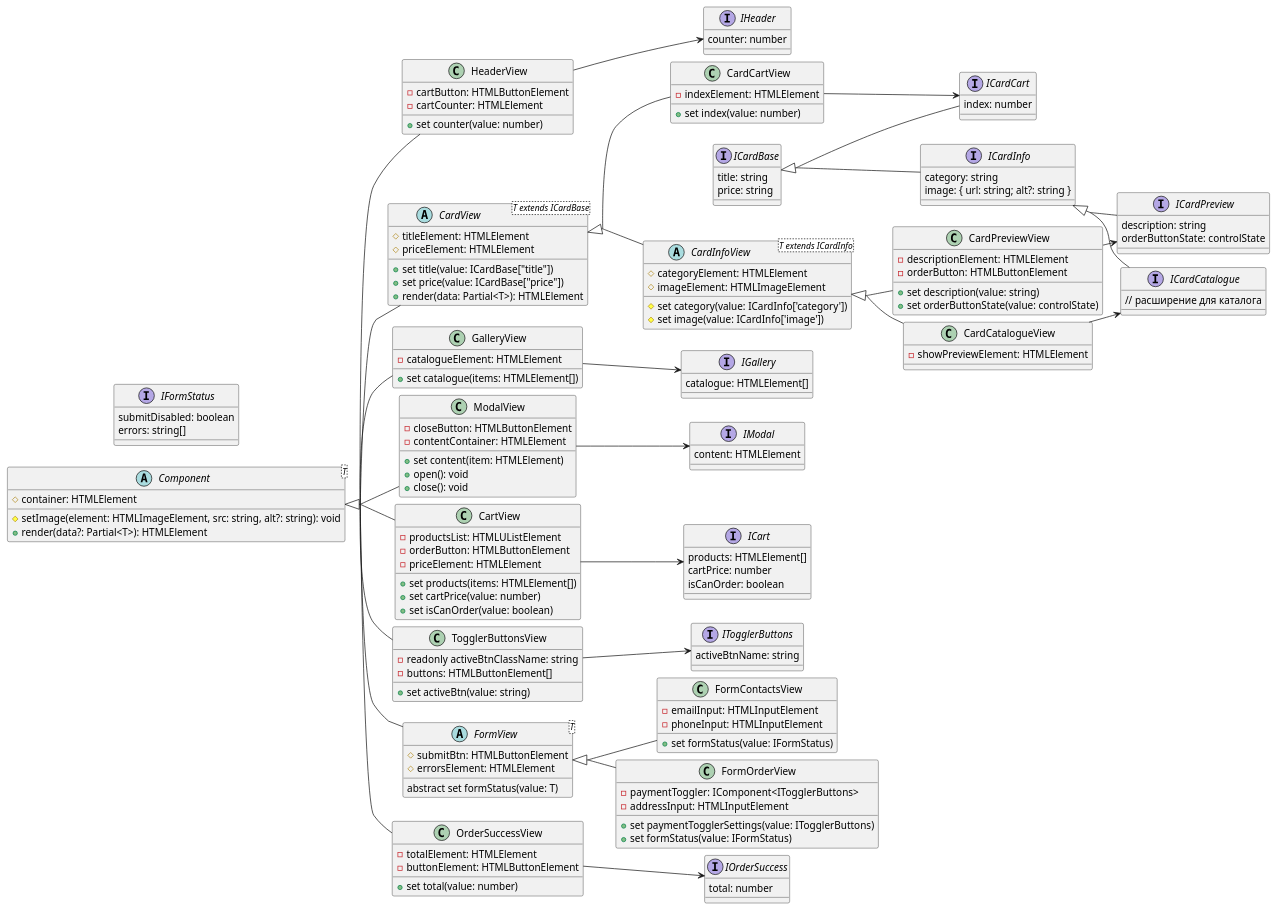
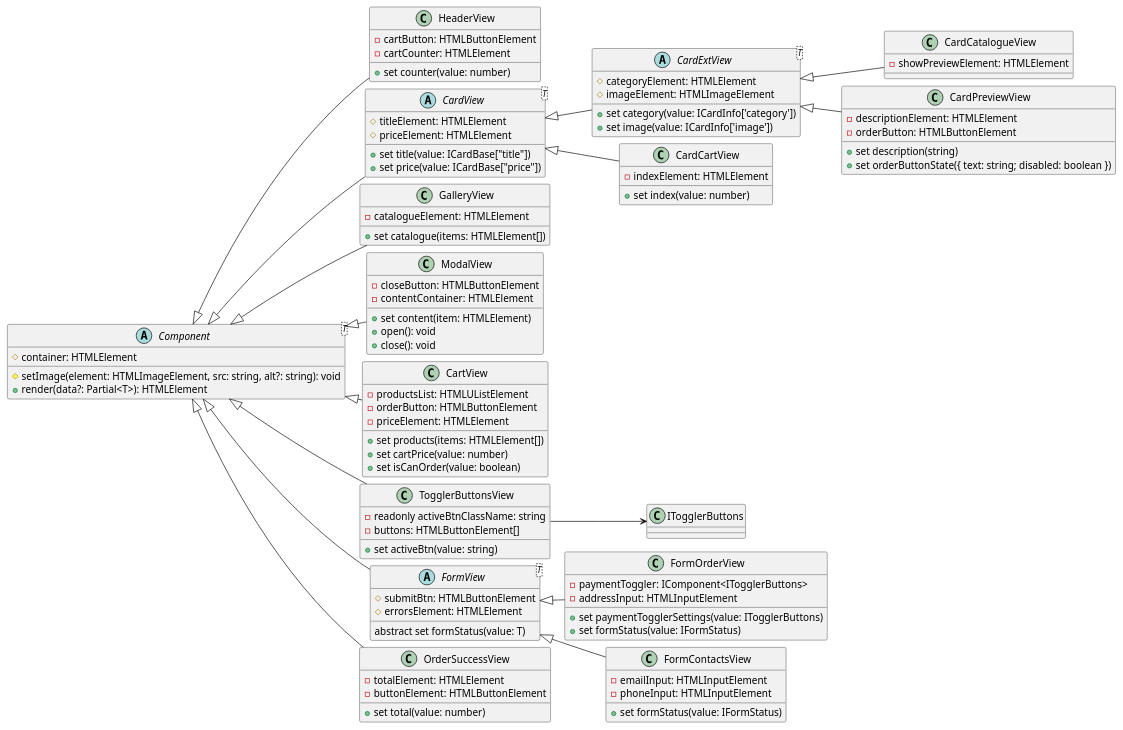
Before and after one commit to Mishbazian/weblarek: the diagram in view.puml, drawn with PlantUML. The commit also changed 8 other files, not shown here.

```diff
--- a/view.puml
+++ b/view.puml
@@ -1,199 +1,142 @@
-@startuml View Classes diagram
+@startuml ViewClassesDiagram
 
 left to right direction
-skinparam groupInheritance 2
+'skinparam groupInheritance 2
 skinparam nodesep 10
 skinparam ranksep 20
 
 
 abstract class Component<T> {
   # container: HTMLElement
   # setImage(element: HTMLImageElement, src: string, alt?: string): void
   + render(data?: Partial<T>): HTMLElement
 }
 
 '----Хедер-----'
-interface IHeader {
-  counter: number
-}
-
 class HeaderView extends Component {
   -cartButton: HTMLButtonElement
   -cartCounter: HTMLElement
   + set counter(value: number)
 }
 
-HeaderView --> IHeader
 
 '-----Карточки------'
 '---Базовый класс---'
-interface ICardBase {
-  title: string
-  price: string
-}
 
-abstract class CardView<T extends ICardBase> extends Component {
+abstract class CardView<T> extends Component {
   #titleElement: HTMLElement
   #priceElement: HTMLElement
 
   + set title(value: ICardBase["title"])
   + set price(value: ICardBase["price"])
-  + render(data: Partial<T>): HTMLElement
-}
-
-
-interface ICardInfo extends ICardBase {
-  category: string
-  image: { url: string; alt?: string }
-}
-
-interface ICardCatalogue extends ICardInfo {
-  // расширение для каталога
 }
 
 '-----Карточка для каталога---'
 
-abstract class CardInfoView<T extends ICardInfo> extends CardView {
+abstract class CardExtView<T> extends CardView {
   #categoryElement: HTMLElement
   #imageElement: HTMLImageElement
 
-  # set category(value: ICardInfo['category'])
-  # set image(value: ICardInfo['image'])
+  + set category(value: ICardInfo['category'])
+  + set image(value: ICardInfo['image'])
 }
 
-class CardCatalogueView extends CardInfoView {
+class CardCatalogueView extends CardExtView {
   -showPreviewElement: HTMLElement
 }
 
 '-----Карточка для превью---'
 
-'type controlState = { text: string; disabled: boolean }'
 
-interface ICardPreview extends ICardInfo {
-  description: string
-  orderButtonState: controlState
-}
-
-class CardPreviewView extends CardInfoView {
+class CardPreviewView extends CardExtView {
   -descriptionElement: HTMLElement
   -orderButton: HTMLButtonElement
 
-  + set description(value: string)
-  + set orderButtonState(value: controlState)
+  + set description(string)
+  + set orderButtonState({ text: string; disabled: boolean })
 }
 
-CardPreviewView --> ICardPreview
 
 '---Карточка для корзины----'
-interface ICardCart extends ICardBase {
-  index: number
-}
-
 class CardCartView extends CardView {
   -indexElement: HTMLElement
   + set index(value: number)
 }
 
-CardCatalogueView --> ICardCatalogue
-CardCartView --> ICardCart
-
 '---Каталог ---'
-interface IGallery {
-  catalogue: HTMLElement[]
-}
 
 class GalleryView extends Component {
   -catalogueElement: HTMLElement
   + set catalogue(items: HTMLElement[])
 }
 
-GalleryView --> IGallery
+
 
 '------Модалка---------'
-interface IModal {
-  content: HTMLElement
-}
 
 class ModalView extends Component {
   -closeButton: HTMLButtonElement
   -contentContainer: HTMLElement
   + set content(item: HTMLElement)
   + open(): void
   + close(): void
 }
 
-ModalView --> IModal
+
 
 '---Корзина ---'
-interface ICart {
-  products: HTMLElement[]
-  cartPrice: number
-  isCanOrder: boolean
-}
 
 class CartView extends Component {
   -productsList: HTMLUListElement
   -orderButton: HTMLButtonElement
   -priceElement: HTMLElement
   + set products(items: HTMLElement[])
   + set cartPrice(value: number)
   + set isCanOrder(value: boolean)
 }
 
-CartView --> ICart
-
 '-----Кнопки----'
-interface ITogglerButtons {
-  activeBtnName: string
-}
 
 class TogglerButtonsView extends Component {
   -readonly activeBtnClassName: string
   -buttons: HTMLButtonElement[]
   + set activeBtn(value: string)
 }
 
 TogglerButtonsView --> ITogglerButtons
 
 '---Формы----'
-interface IFormStatus {
-  submitDisabled: boolean
-  errors: string[]
-}
 
 abstract class FormView<T> extends Component {
   #submitBtn: HTMLButtonElement
   #errorsElement: HTMLElement
   abstract set formStatus(value: T)
 }
 
 class FormOrderView extends FormView {
   -paymentToggler: IComponent<ITogglerButtons>
   -addressInput: HTMLInputElement
   + set paymentTogglerSettings(value: ITogglerButtons)
   + set formStatus(value: IFormStatus)
 }
 
 class FormContactsView extends FormView {
   -emailInput: HTMLInputElement
   -phoneInput: HTMLInputElement
   + set formStatus(value: IFormStatus)
 }
 
 '----Заказ успешен--'
-interface IOrderSuccess {
-  total: number
-}
 
 class OrderSuccessView extends Component {
   -totalElement: HTMLElement
   -buttonElement: HTMLButtonElement
   + set total(value: number)
 }
 
-OrderSuccessView --> IOrderSuccess
+
 
 'hide <<interface>>
 'hide class circle
 'hide interface circle
 @enduml
```
